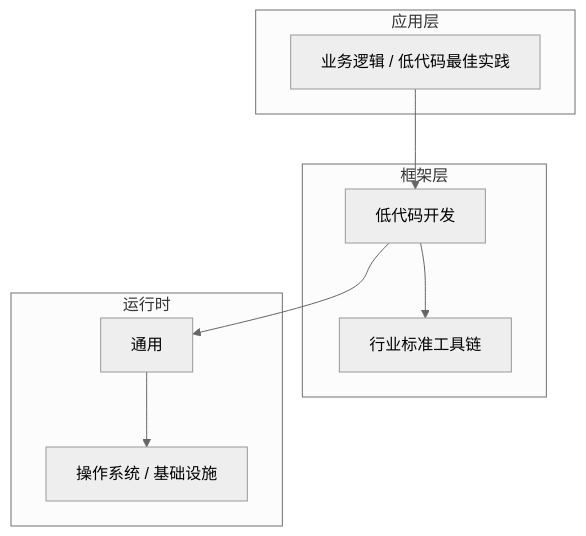
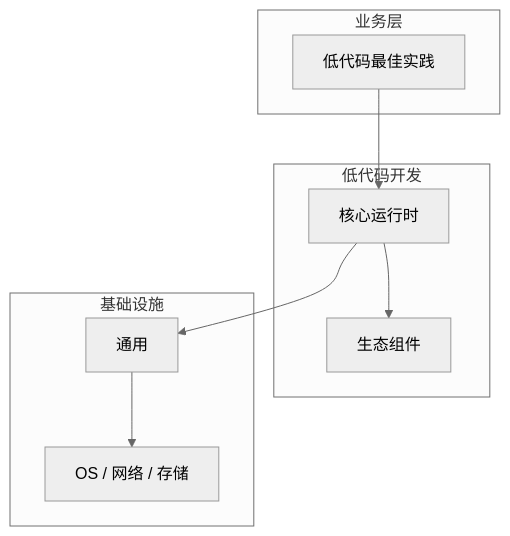
One commit to yanggan2015/knowledge-json-v2 changed the diagram in articles/低代码开发/chapters/046-低代码最佳实践核心概念与原理.md. Above: the diagram before and after it, drawn with Mermaid (neutral theme). The commit also changed other lines of this file and 10127 other files, not shown here.

````diff
--- a/articles/低代码开发/chapters/046-低代码最佳实践核心概念与原理.md
+++ b/articles/低代码开发/chapters/046-低代码最佳实践核心概念与原理.md
@@ -45,18 +34,18 @@
 ```mermaid
 graph TB
-    subgraph 应用层
-        A[业务逻辑 / 低代码最佳实践]
+    subgraph 业务层
+        A[低代码最佳实践]
     end
-    subgraph 框架层
-        B[低代码开发]
-        C[行业标准工具链]
+    subgraph 低代码开发
+        B[核心运行时]
+        C[生态组件]
     end
-    subgraph 运行时
+    subgraph 基础设施
         D[通用]
-        E[操作系统 / 基础设施]
+        E[OS / 网络 / 存储]
     end
     A --> B
     B --> C
     B --> D
     D --> E
 ```
````
